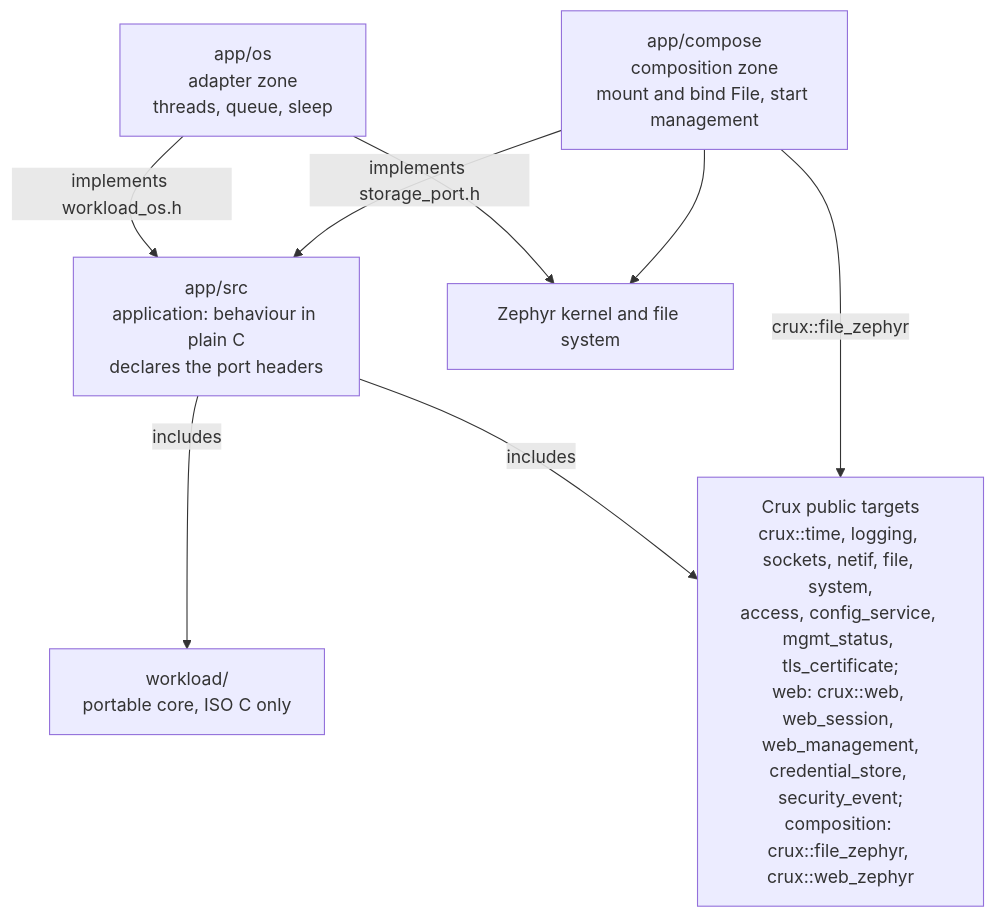
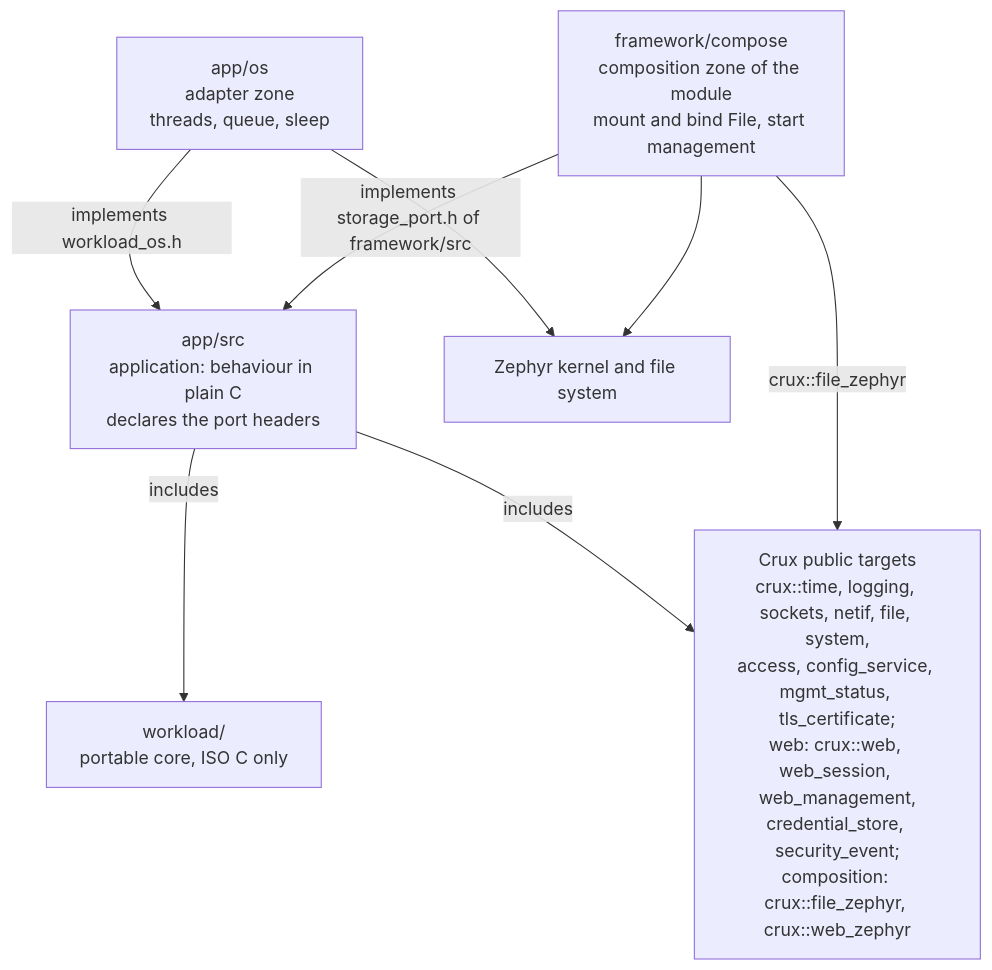
One commit to wonny-labs/crux-controller changed the diagram in docs/architecture.md. Above: the diagram before and after it, drawn with Mermaid. The commit also changed other lines of this file and 81 other files, not shown here.

First line of the commit message:
feat: add the controller framework module and the base image

````diff
--- a/docs/architecture.md
+++ b/docs/architecture.md
@@ -36,16 +37,16 @@
 ```mermaid
 flowchart TD
     SRC["app/src<br/>application: behaviour in plain C<br/>declares the port headers"]
     WL["workload/<br/>portable core, ISO C only"]
     OS["app/os<br/>adapter zone<br/>threads, queue, sleep"]
-    COMP["app/compose<br/>composition zone<br/>mount and bind File, start management"]
+    COMP["framework/compose<br/>composition zone of the module<br/>mount and bind File, start management"]
     CRUX["Crux public targets<br/>crux::time, logging, sockets, netif, file, system,<br/>access, config_service, mgmt_status, tls_certificate;<br/>web: crux::web, web_session, web_management,<br/>credential_store, security_event;<br/>composition: crux::file_zephyr, crux::web_zephyr"]
     ZEPHYR["Zephyr kernel and file system"]
     SRC -->|includes| WL
     SRC -->|includes| CRUX
     OS -->|implements workload_os.h| SRC
-    COMP -->|implements storage_port.h| SRC
+    COMP -->|implements storage_port.h of framework/src| SRC
     OS --> ZEPHYR
     COMP --> ZEPHYR
     COMP -->|crux::file_zephyr| CRUX
 ```
````
